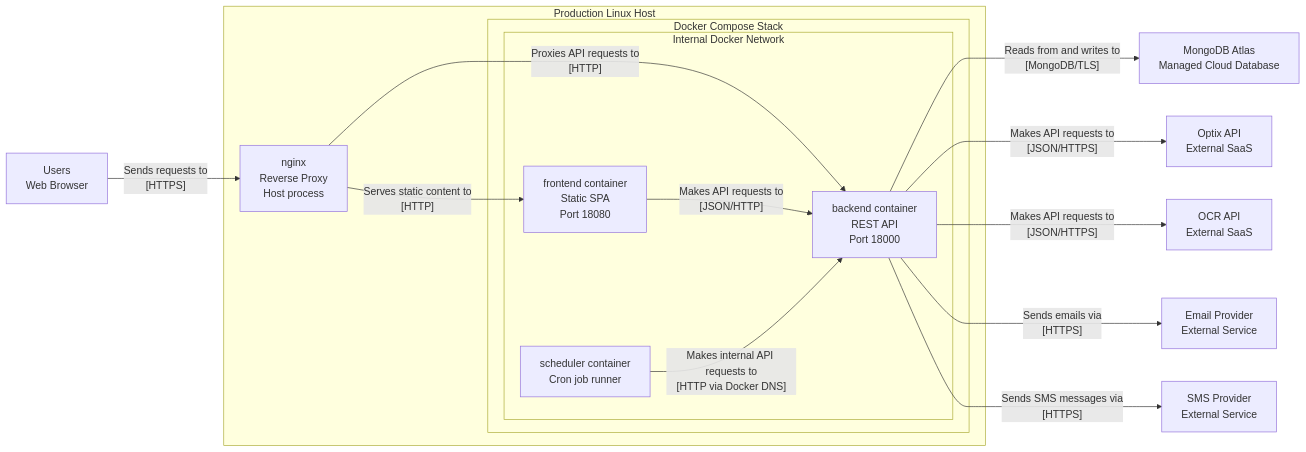
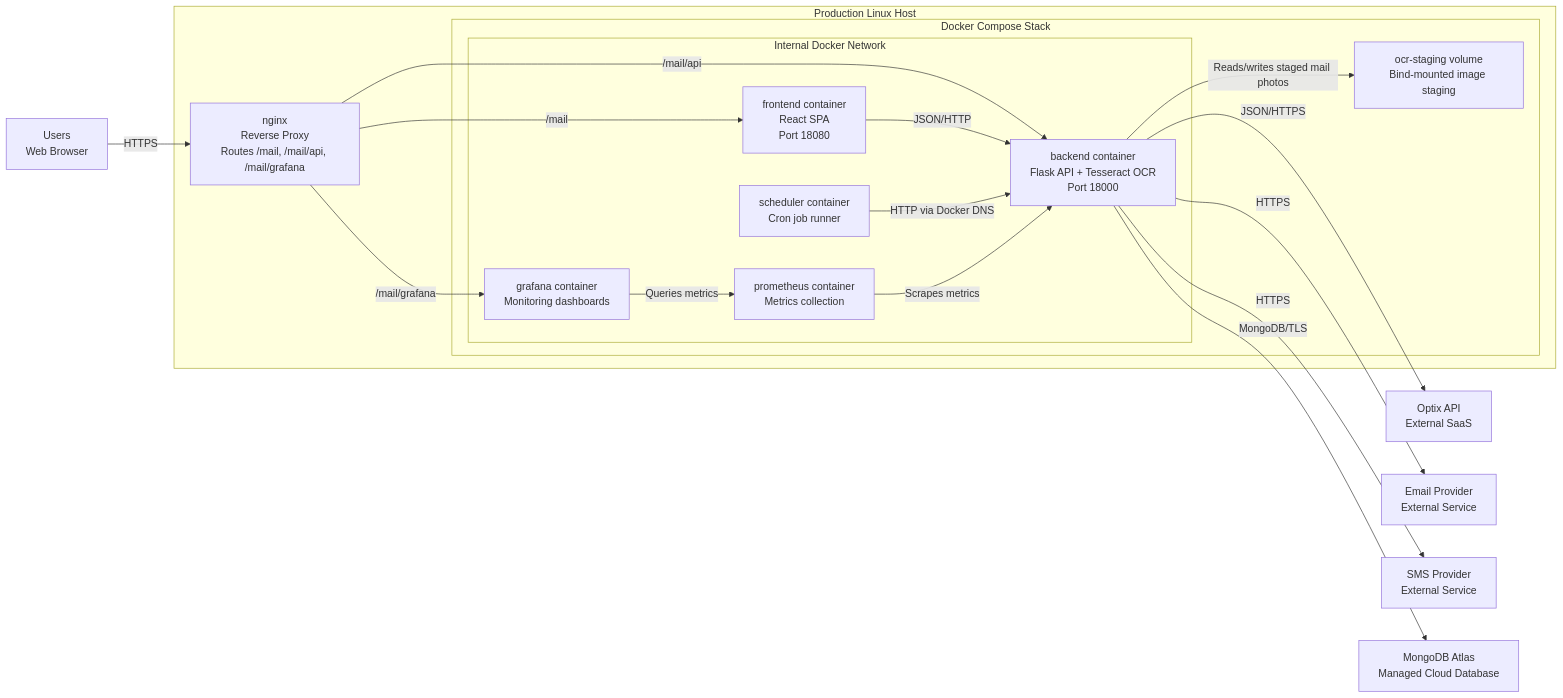
The diagram in docs/01-architecture/diagrams/deployment-diagram.mmd (CMU-413/avenu), drawn with Mermaid before and after one commit.

Commit message:
docs: update deployment diagram to reflect self-hosted OCR and monitoring

```diff
--- a/docs/01-architecture/diagrams/deployment-diagram.mmd
+++ b/docs/01-architecture/diagrams/deployment-diagram.mmd
@@ -1,49 +1,59 @@
 flowchart LR
 
     %% ===== External Actors =====
     Users["Users<br>Web Browser"]
 
     Optix["Optix API<br>External SaaS"]
-
-    OCRAPI["OCR API<br>External SaaS"]
-
     EmailProvider["Email Provider<br>External Service"]
-
     SMSProvider["SMS Provider<br>External Service"]
-
     MongoDB["MongoDB Atlas<br>Managed Cloud Database"]
 
     %% ===== Host =====
     subgraph Host["Production Linux Host"]
 
-        Nginx["nginx<br>Reverse Proxy<br>Host process"]
+        Nginx["nginx<br>Reverse Proxy<br>Routes /mail, /mail/api, /mail/grafana"]
 
         subgraph Compose["Docker Compose Stack"]
 
             subgraph Network["Internal Docker Network"]
 
-                Frontend["frontend container<br>Static SPA<br>Port 18080"]
+                Frontend["frontend container<br>React SPA<br>Port 18080"]
 
-                Backend["backend container<br>REST API<br>Port 18000"]
+                Backend["backend container<br>Flask API + Tesseract OCR<br>Port 18000"]
 
                 Scheduler["scheduler container<br>Cron job runner"]
 
+                Prometheus["prometheus container<br>Metrics collection"]
+
+                Grafana["grafana container<br>Monitoring dashboards"]
+
             end
+
+            OCRVolume["ocr-staging volume<br>Bind-mounted image staging"]
+
         end
     end
 
     %% ===== User Traffic =====
-    Users -->|"Sends requests to<br>[HTTPS]"| Nginx
-    Nginx -->|"Serves static content to<br>[HTTP]"| Frontend
-    Nginx -->|"Proxies API requests to<br>[HTTP]"| Backend
+    Users -->|"HTTPS"| Nginx
+
+    Nginx -->|"/mail"| Frontend
+    Nginx -->|"/mail/api"| Backend
+    Nginx -->|"/mail/grafana"| Grafana
 
     %% ===== Internal Communication =====
-    Frontend -->|"Makes API requests to<br>[JSON/HTTP]"| Backend
-    Scheduler -->|"Makes internal API requests to<br>[HTTP via Docker DNS]"| Backend
+    Frontend -->|"JSON/HTTP"| Backend
+    Scheduler -->|"HTTP via Docker DNS"| Backend
+
+    %% ===== OCR Staging =====
+    Backend -->|"Reads/writes staged mail photos"| OCRVolume
+
+    %% ===== Monitoring =====
+    Prometheus -->|"Scrapes metrics"| Backend
+    Grafana -->|"Queries metrics"| Prometheus
 
     %% ===== External Integrations =====
-    Backend -->|"Reads from and writes to<br>[MongoDB/TLS]"| MongoDB
-    Backend -->|"Makes API requests to<br>[JSON/HTTPS]"| Optix
-    Backend -->|"Makes API requests to<br>[JSON/HTTPS]"| OCRAPI
-    Backend -->|"Sends emails via<br>[HTTPS]"| EmailProvider
-    Backend -->|"Sends SMS messages via<br>[HTTPS]"| SMSProvider
+    Backend -->|"MongoDB/TLS"| MongoDB
+    Backend -->|"JSON/HTTPS"| Optix
+    Backend -->|"HTTPS"| EmailProvider
+    Backend -->|"HTTPS"| SMSProvider
```
